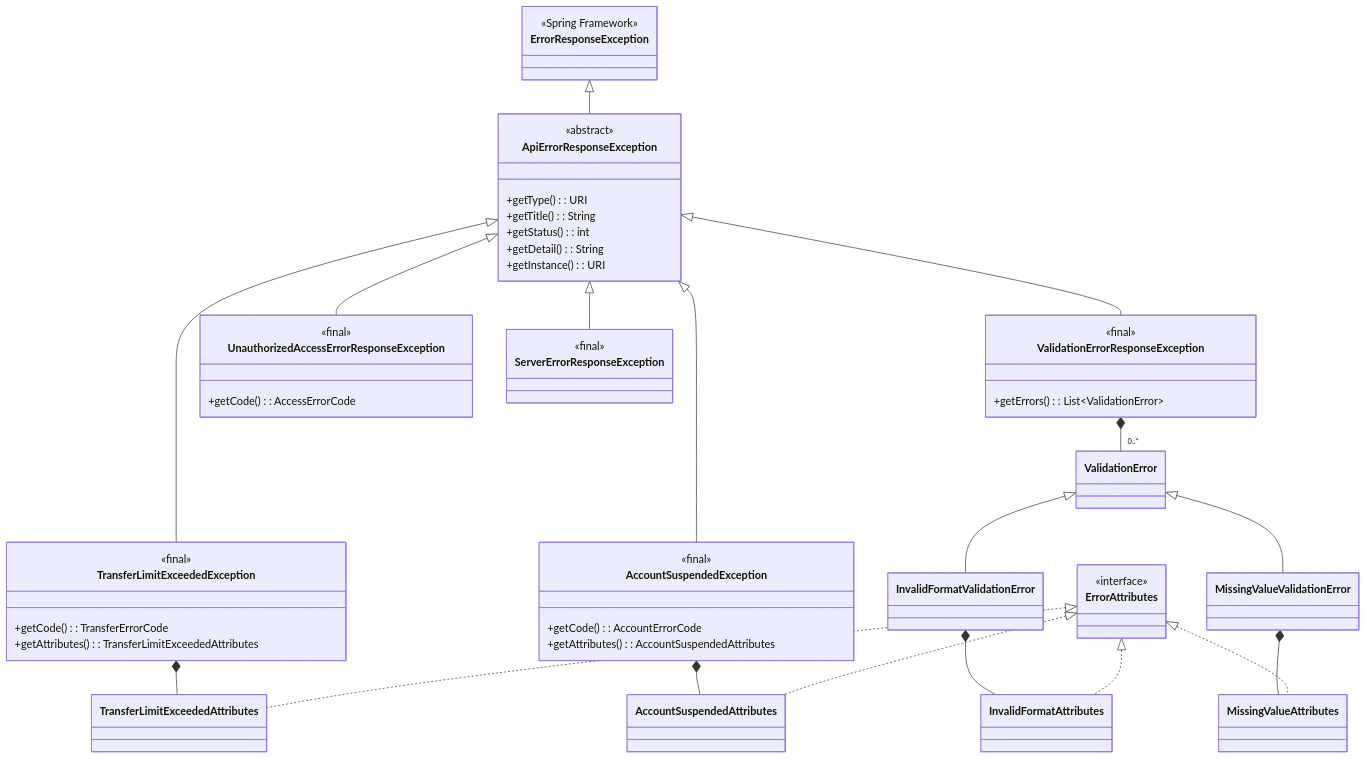
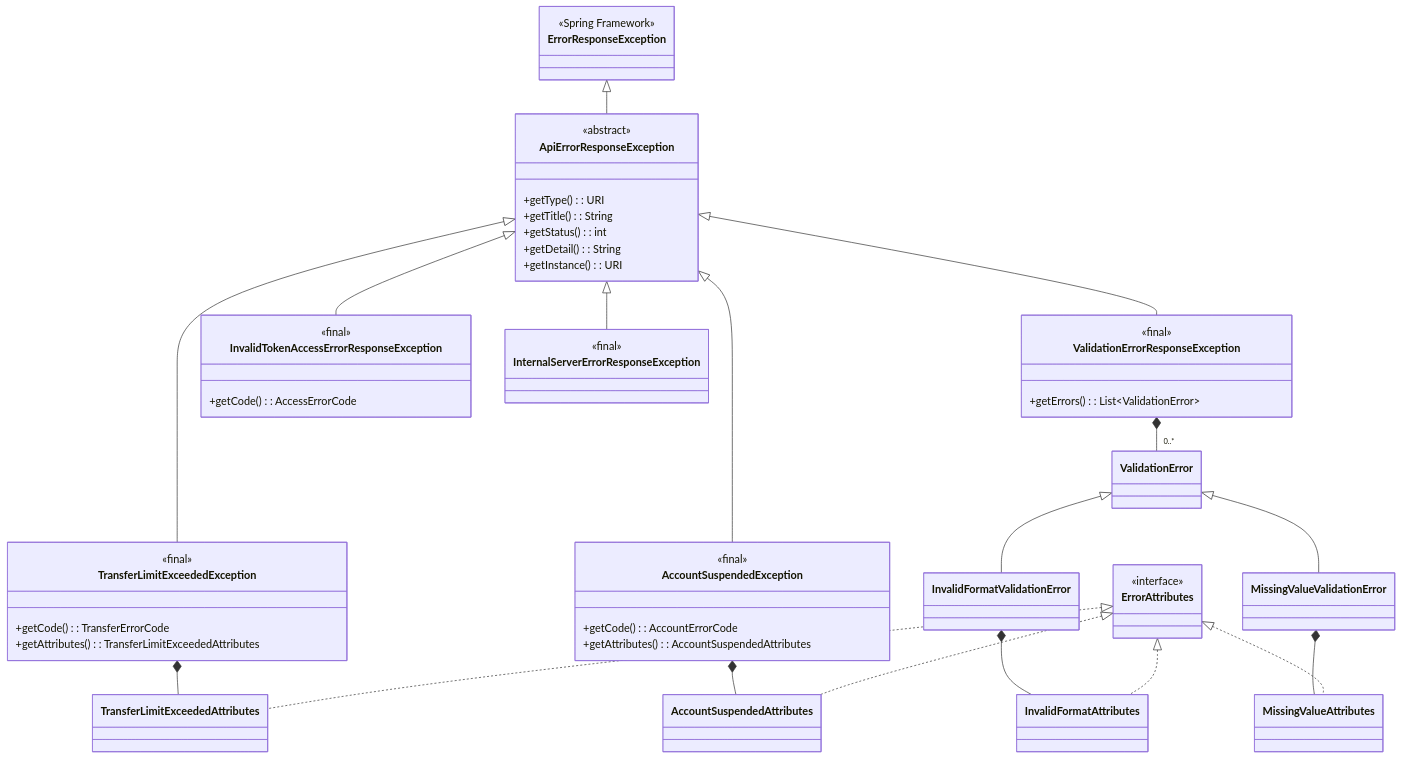
One commit to fransanchezn/smithy-poc changed the diagram in proposal.md. Above: the diagram before and after it, drawn with Mermaid. The commit also changed other lines of this file and 3 other files, not shown here.

````diff
--- a/proposal.md
+++ b/proposal.md
@@ -86,68 +86,68 @@
 ```mermaid
 classDiagram
     class ErrorResponseException {
         <<Spring Framework>>
     }
 
     class ApiErrorResponseException {
         <<abstract>>
         +getType(): URI
         +getTitle(): String
         +getStatus(): int
         +getDetail(): String
         +getInstance(): URI
     }
 
     class TransferLimitExceededException {
         <<final>>
         +getCode(): TransferErrorCode
         +getAttributes(): TransferLimitExceededAttributes
     }
 
     class AccountSuspendedException {
         <<final>>
         +getCode(): AccountErrorCode
         +getAttributes(): AccountSuspendedAttributes
     }
 
     class ValidationErrorResponseException {
         <<final>>
         +getErrors(): List~ValidationError~
     }
 
-    class UnauthorizedAccessErrorResponseException {
+    class InvalidTokenAccessErrorResponseException {
         <<final>>
         +getCode(): AccessErrorCode
     }
 
-    class ServerErrorResponseException {
+    class InternalServerErrorResponseException {
         <<final>>
     }
 
     ErrorResponseException <|-- ApiErrorResponseException
     ApiErrorResponseException <|-- TransferLimitExceededException
     ApiErrorResponseException <|-- AccountSuspendedException
     ApiErrorResponseException <|-- ValidationErrorResponseException
-    ApiErrorResponseException <|-- UnauthorizedAccessErrorResponseException
-    ApiErrorResponseException <|-- ServerErrorResponseException
+    ApiErrorResponseException <|-- InvalidTokenAccessErrorResponseException
+    ApiErrorResponseException <|-- InternalServerErrorResponseException
 
     TransferLimitExceededException *-- TransferLimitExceededAttributes
     AccountSuspendedException *-- AccountSuspendedAttributes
 
     ValidationErrorResponseException *-- "0..*" ValidationError
 
     ValidationError <|-- InvalidFormatValidationError
     ValidationError <|-- MissingValueValidationError
 
     InvalidFormatValidationError *-- InvalidFormatAttributes
     MissingValueValidationError *-- MissingValueAttributes
 
     class ErrorAttributes {
         <<interface>>
     }
 
     ErrorAttributes <|.. TransferLimitExceededAttributes
     ErrorAttributes <|.. AccountSuspendedAttributes
     ErrorAttributes <|.. InvalidFormatAttributes
     ErrorAttributes <|.. MissingValueAttributes
 ```
````
